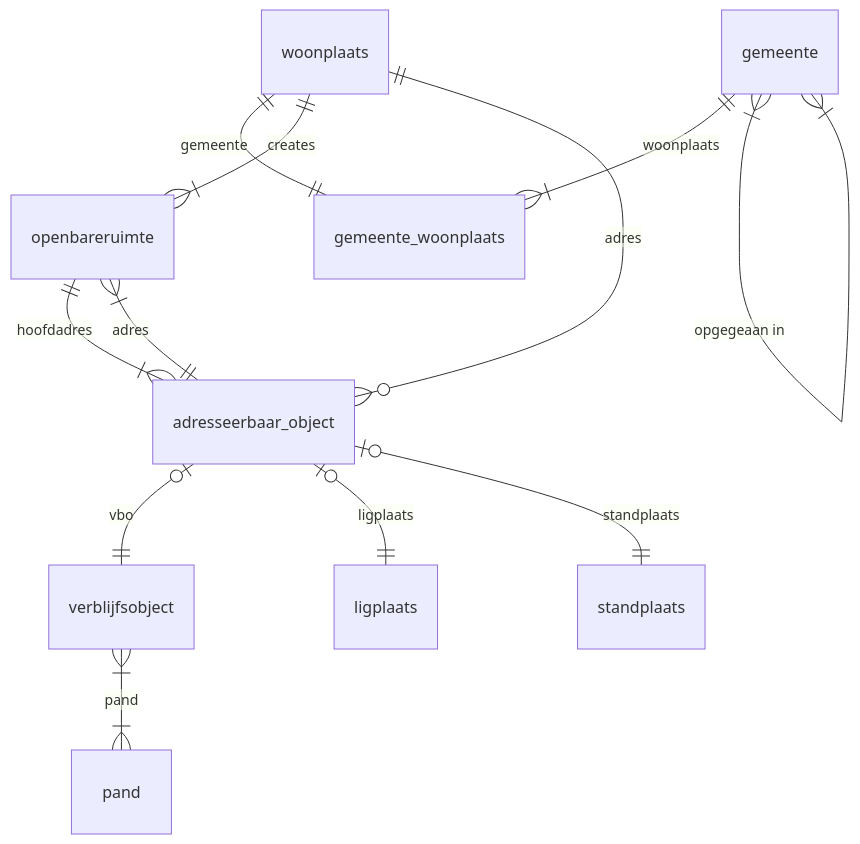
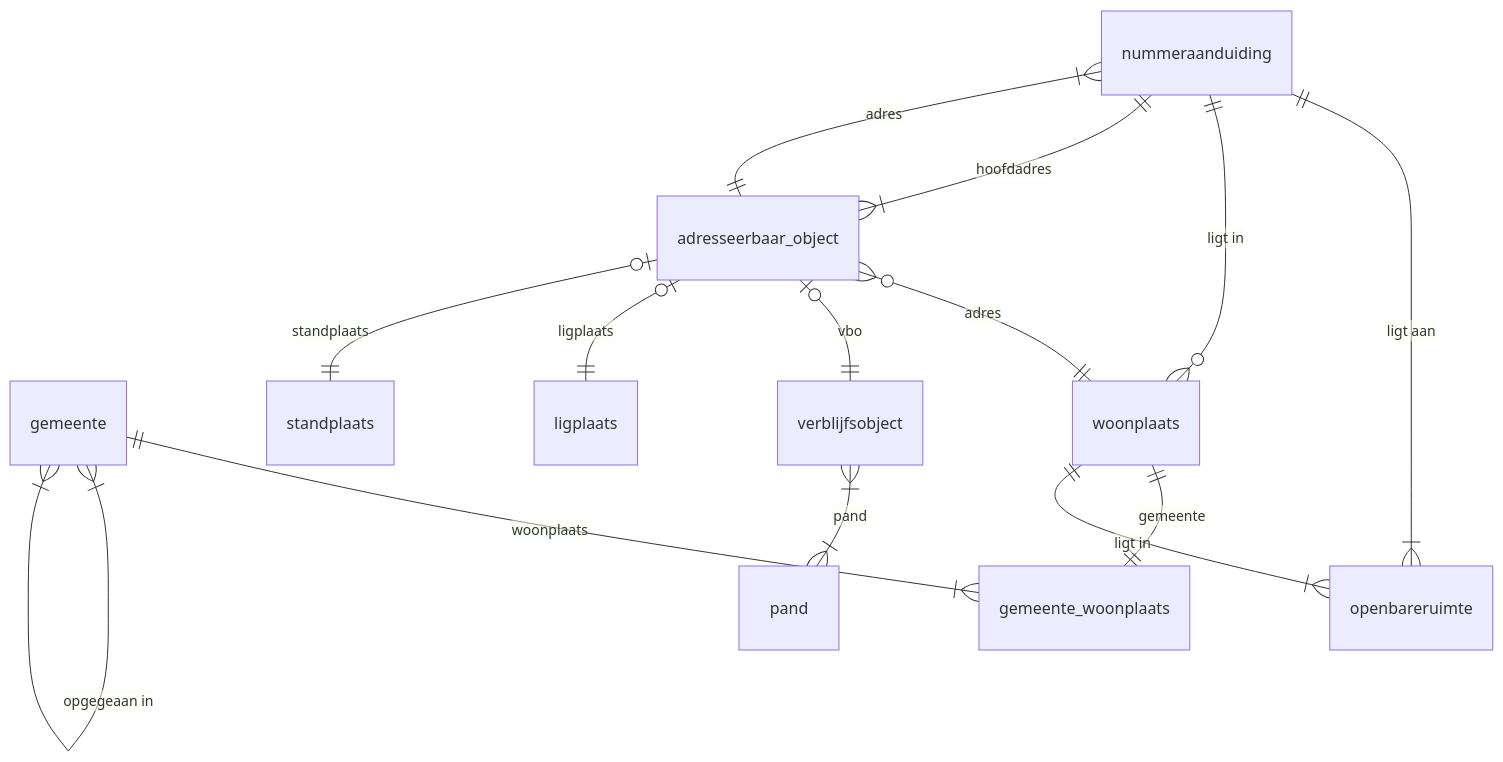
The diagram in bag_duckdb/models/documentatie/bag_duckdb.md (delostilos/dbt-bag), drawn with Mermaid before and after one commit. The commit also changed 1 other file, not shown here.

Commit message:
Reeadme aangepas met datamodel

````diff
--- a/bag_duckdb/models/documentatie/bag_duckdb.md
+++ b/bag_duckdb/models/documentatie/bag_duckdb.md
@@ -32,15 +32,17 @@
 ```mermaid[erd='bag']
 erDiagram
 
     gemeente ||--|{ gemeente_woonplaats : "woonplaats"
     woonplaats ||--|| gemeente_woonplaats : "gemeente"
     gemeente }|--|{ gemeente : "opgegeaan in"
-    woonplaats ||--|{ openbareruimte : "creates" 
-    adresseerbaar_object ||--|{ openbareruimte : "adres"
-    openbareruimte ||--|{ adresseerbaar_object : "hoofdadres"
+    woonplaats ||--|{ openbareruimte : "ligt in"
+    nummeraanduiding ||--|{ openbareruimte : "ligt aan" 
+    nummeraanduiding ||--o{ woonplaats : "ligt in"
+    adresseerbaar_object ||--|{ nummeraanduiding : "adres"
+    nummeraanduiding ||--|{ adresseerbaar_object : "hoofdadres"
     adresseerbaar_object }o--|| woonplaats : "adres"
     adresseerbaar_object |o--|| verblijfsobject : "vbo"
     adresseerbaar_object |o--|| ligplaats : "ligplaats"
     adresseerbaar_object |o--|| standplaats : "standplaats"
     verblijfsobject }|--|{ pand : "pand"
 ```
````
